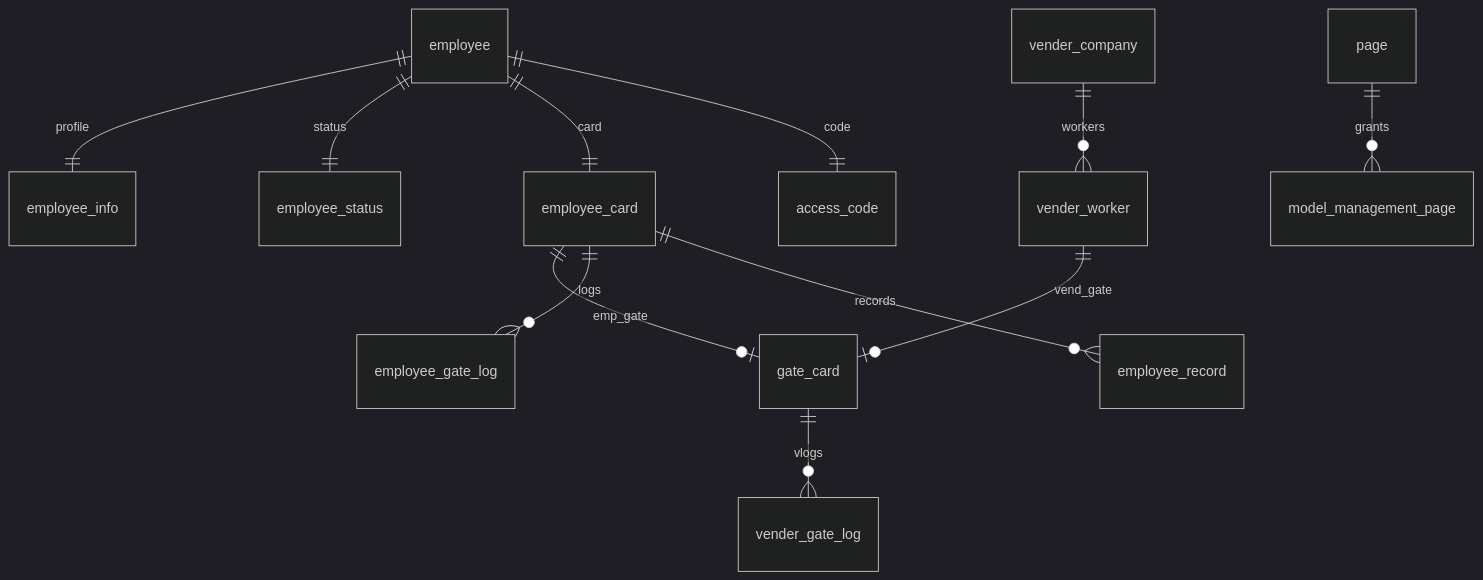
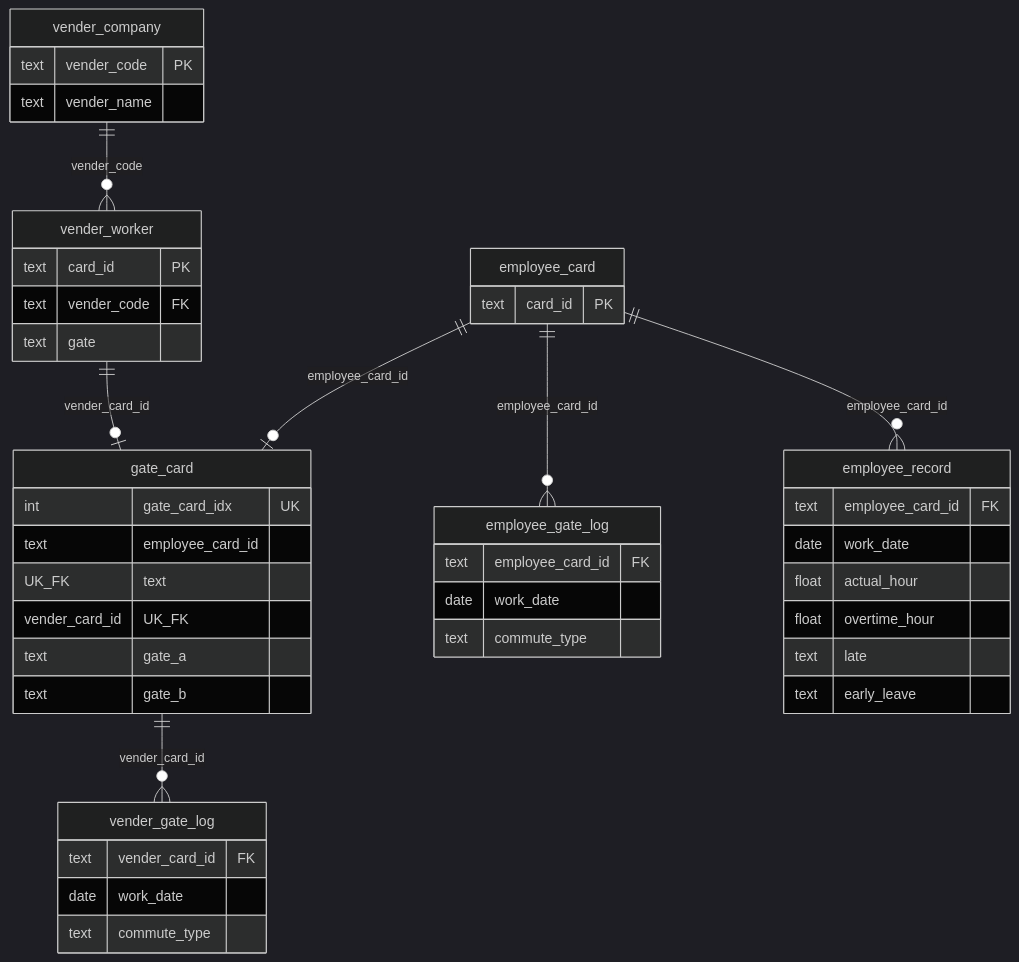
One commit to DohyupK/AIAX_Project changed the third of 4 diagrams in DB연동_내역/조직권한_테이블구조.md. Above: the diagram before and after it, drawn with Mermaid (dark theme). The commit also changed other lines of this file and 2 other files, not shown here.

````diff
--- a/DB연동_내역/조직권한_테이블구조.md
+++ b/DB연동_내역/조직권한_테이블구조.md
@@ -260,14 +361,47 @@
 ```mermaid
 erDiagram
-  employee ||--|| employee_info : profile
-  employee ||--|| employee_status : status
-  employee ||--|| employee_card : card
-  employee ||--|| access_code : code
-  employee_card ||--o| gate_card : emp_gate
-  employee_card ||--o{ employee_gate_log : logs
-  employee_card ||--o{ employee_record : records
-  vender_company ||--o{ vender_worker : workers
-  vender_worker ||--o| gate_card : vend_gate
-  gate_card ||--o{ vender_gate_log : vlogs
-  page ||--o{ model_management_page : grants
+  employee_card ||--o| gate_card : employee_card_id
+  vender_company ||--o{ vender_worker : vender_code
+  vender_worker ||--o| gate_card : vender_card_id
+  employee_card ||--o{ employee_gate_log : employee_card_id
+  employee_card ||--o{ employee_record : employee_card_id
+  gate_card ||--o{ vender_gate_log : vender_card_id
+
+  employee_card {
+    text card_id PK
+  }
+  vender_company {
+    text vender_code PK
+    text vender_name
+  }
+  vender_worker {
+    text card_id PK
+    text vender_code FK
+    text gate
+  }
+  gate_card {
+    int gate_card_idx UK
+    text employee_card_id UK_FK
+    text vender_card_id UK_FK
+    text gate_a
+    text gate_b
+  }
+  employee_gate_log {
+    text employee_card_id FK
+    date work_date
+    text commute_type
+  }
+  vender_gate_log {
+    text vender_card_id FK
+    date work_date
+    text commute_type
+  }
+  employee_record {
+    text employee_card_id FK
+    date work_date
+    float actual_hour
+    float overtime_hour
+    text late
+    text early_leave
+  }
 ```
````
